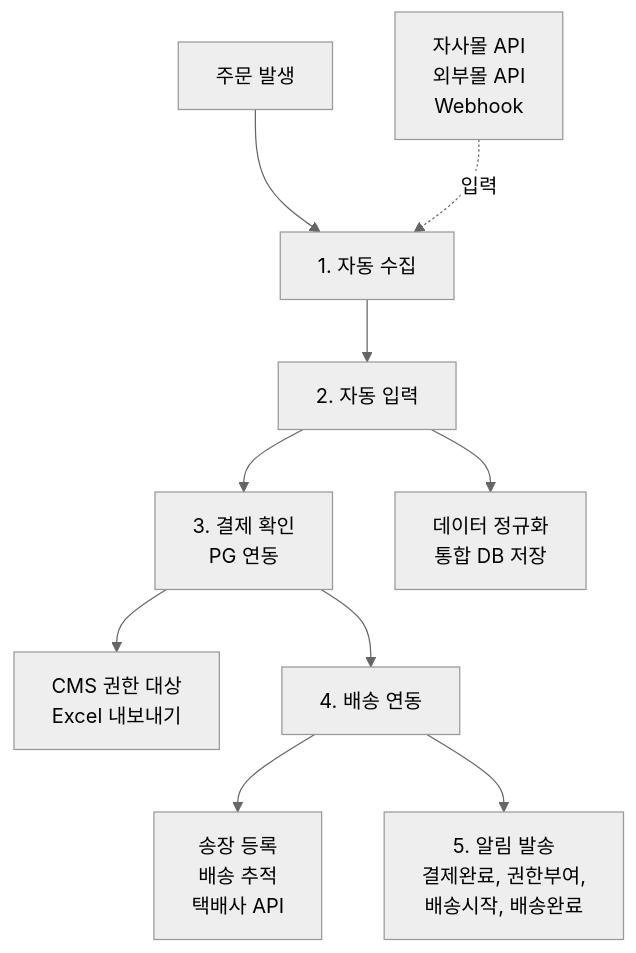
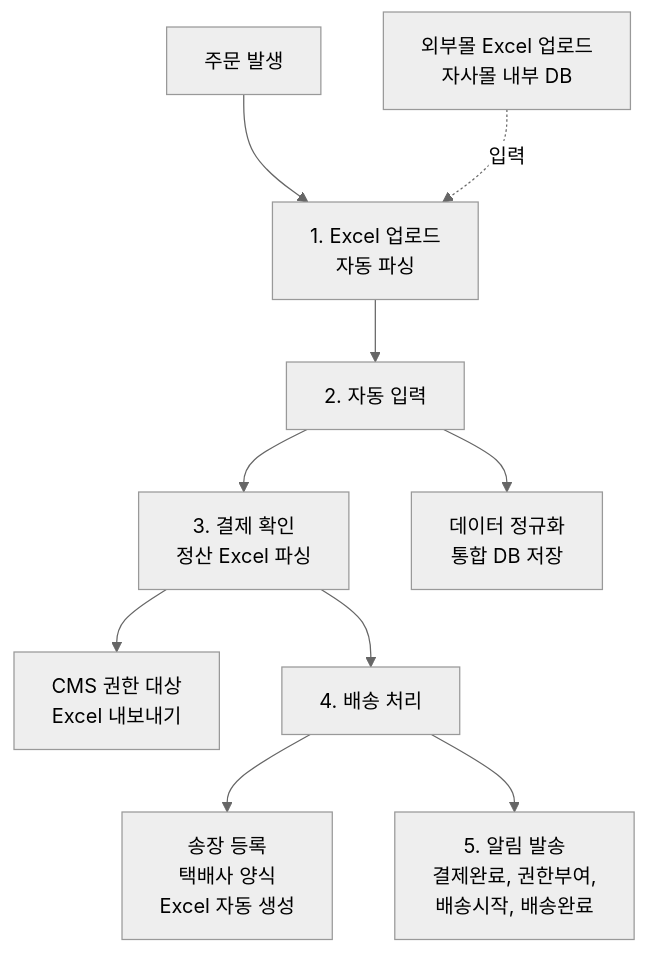
One commit to sknkwoxs/manual-book changed the first of 6 diagrams in src/content/docs/goodthinking-isp/04-design/process-automation.md. Above: the diagram before and after it, drawn with Mermaid (neutral theme). The commit also changed other lines of this file and 17 other files, not shown here.

First line of the commit message:
docs(goodthinking-isp): Phase 3.5-5 — Mermaid 수정, 외부 API→Excel 템플릿 전환, 개인정보 보호 모듈 강화

````diff
--- a/src/content/docs/goodthinking-isp/04-design/process-automation.md
+++ b/src/content/docs/goodthinking-isp/04-design/process-automation.md
@@ -91,24 +91,24 @@
 ```mermaid
 graph TD
     A["주문 발생"]
-    B["1. 자동 수집"]
+    B["1. Excel 업로드<br/>자동 파싱"]
     C["2. 자동 입력"]
-    D["3. 결제 확인<br/>PG 연동"]
+    D["3. 결제 확인<br/>정산 Excel 파싱"]
     E["CMS 권한 대상<br/>Excel 내보내기"]
-    F["4. 배송 연동"]
-    G["송장 등록<br/>배송 추적<br/>택배사 API"]
+    F["4. 배송 처리"]
+    G["송장 등록<br/>택배사 양식<br/>Excel 자동 생성"]
     H["5. 알림 발송<br/>결제완료, 권한부여,<br/>배송시작, 배송완료"]
     
-    I["자사몰 API<br/>외부몰 API<br/>Webhook"]
+    I["외부몰 Excel 업로드<br/>자사몰 내부 DB"]
     J["데이터 정규화<br/>통합 DB 저장"]
     
     A --> B
     I -.->|입력| B
     B --> C
     C --> J
     C --> D
     D --> E
     D --> F
     F --> G
     F --> H
 ```
````
